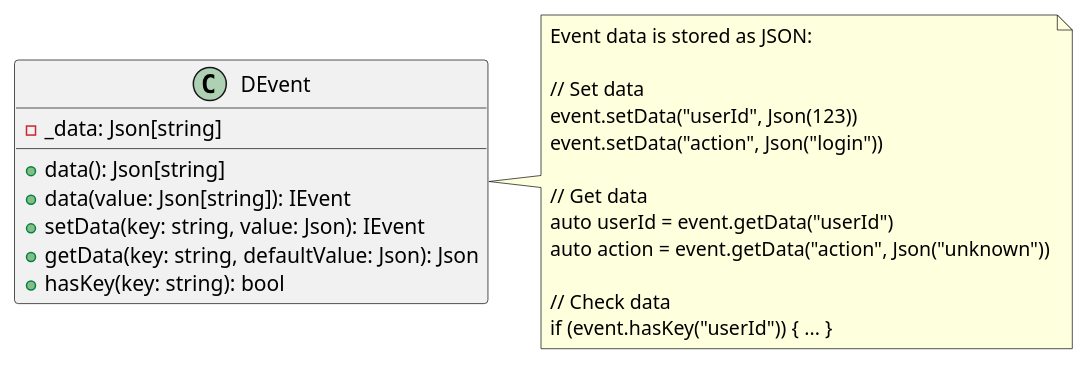
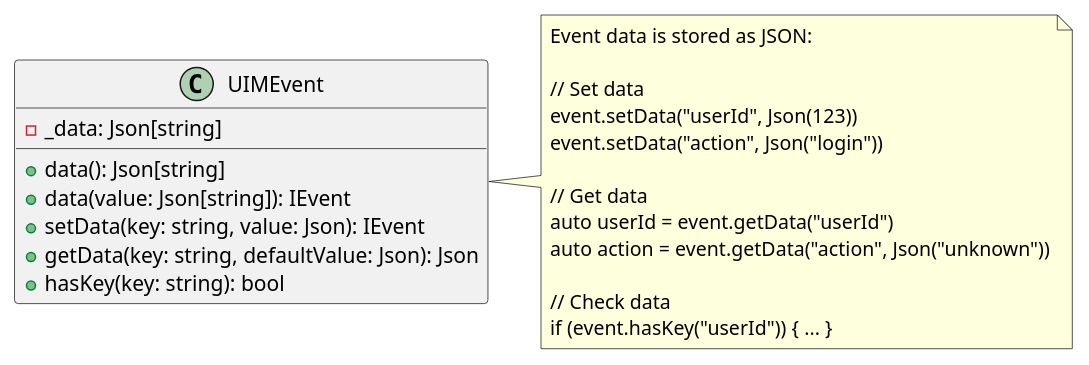
Diagram 11 of 12 in events/UML.md (UIMSolutions/uim-framework), drawn with PlantUML before and after one commit. The commit also changed other lines of this file and 21 other files, not shown here.

````diff
--- a/events/UML.md
+++ b/events/UML.md
@@ -474,30 +474,30 @@
 ```plantuml
 @startuml Events_Data_Management
 
-class DEvent {
+class UIMEvent {
   - _data: Json[string]
   
   + data(): Json[string]
   + data(value: Json[string]): IEvent
   + setData(key: string, value: Json): IEvent
   + getData(key: string, defaultValue: Json): Json
   + hasKey(key: string): bool
 }
 
-note right of DEvent
+note right of UIMEvent
   Event data is stored as JSON:
   
   // Set data
   event.setData("userId", Json(123))
   event.setData("action", Json("login"))
   
   // Get data
   auto userId = event.getData("userId")
   auto action = event.getData("action", Json("unknown"))
   
   // Check data
   if (event.hasKey("userId")) { ... }
 end note
 
 @enduml
 ```
````
